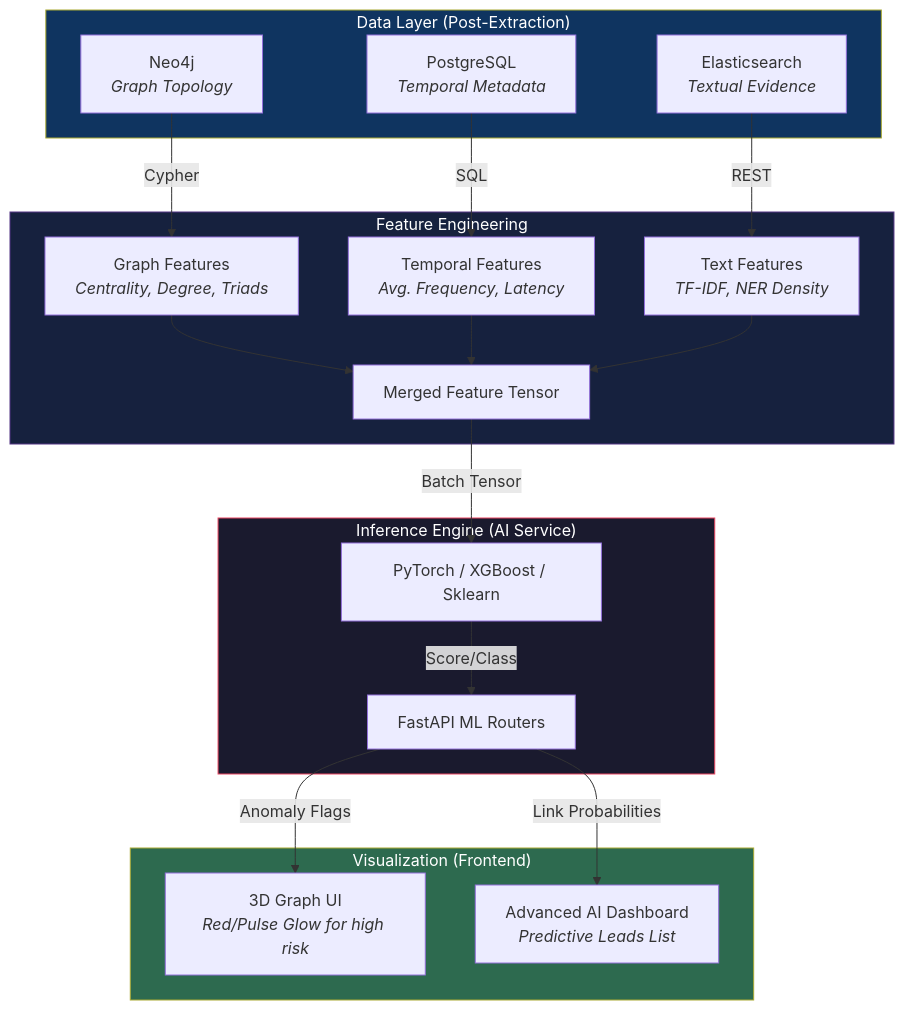
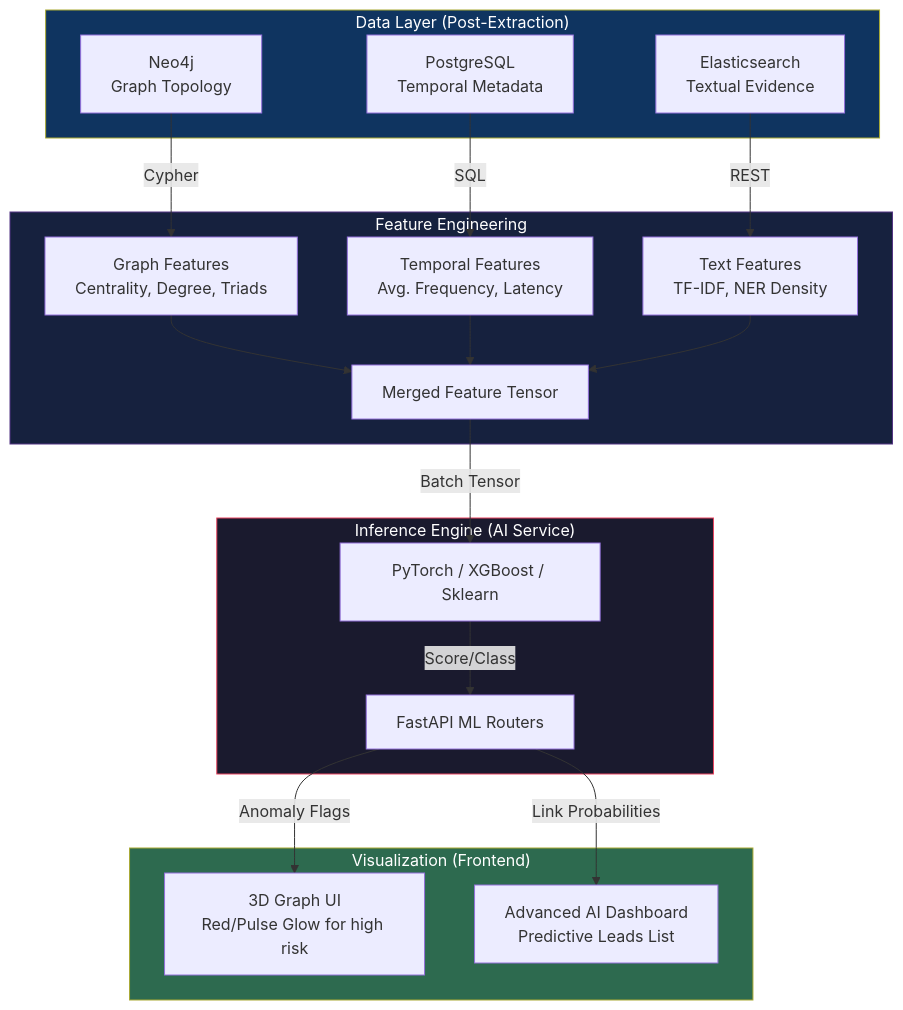
Before and after one commit to beingbrijesh/CopSight: the first of 2 diagrams in FORENSIC_ML_BLUEPRINT.md, drawn with Mermaid. The commit also changed 4 other files, not shown here.

Commit message:
docs: Fix Mermaid diagram text cropping and add professional Contributors section

````diff
--- a/FORENSIC_ML_BLUEPRINT.md
+++ b/FORENSIC_ML_BLUEPRINT.md
@@ -48,31 +48,31 @@
 ```mermaid
 flowchart TD
     subgraph Layer1["Data Layer (Post-Extraction)"]
-        Neo["Neo4j<br/><i>Graph Topology</i>"]
-        PG["PostgreSQL<br/><i>Temporal Metadata</i>"]
-        ES["Elasticsearch<br/><i>Textual Evidence</i>"]
+        Neo["Neo4j<br/>Graph Topology"]
+        PG["PostgreSQL<br/>Temporal Metadata"]
+        ES["Elasticsearch<br/>Textual Evidence"]
     end
 
     subgraph Layer2["Feature Engineering"]
-        Neo -->|Cypher| GraphFeats["Graph Features<br/><i>Centrality, Degree, Triads</i>"]
-        PG -->|SQL| TemporalFeats["Temporal Features<br/><i>Avg. Frequency, Latency</i>"]
-        ES -->|REST| TextFeats["Text Features<br/><i>TF-IDF, NER Density</i>"]
+        Neo -->|Cypher| GraphFeats["Graph Features<br/>Centrality, Degree, Triads"]
+        PG -->|SQL| TemporalFeats["Temporal Features<br/>Avg. Frequency, Latency"]
+        ES -->|REST| TextFeats["Text Features<br/>TF-IDF, NER Density"]
         
         GraphFeats & TemporalFeats & TextFeats --> Tensor["Merged Feature Tensor"]
     end
 
     subgraph Layer3["Inference Engine (AI Service)"]
         Tensor -->|Batch Tensor| Models["PyTorch / XGBoost / Sklearn"]
         Models -->|Score/Class| AIService["FastAPI ML Routers"]
     end
 
     subgraph Layer4["Visualization (Frontend)"]
-        AIService -->|Anomaly Flags| NetworkGraph["3D Graph UI<br/><i>Red/Pulse Glow for high risk</i>"]
-        AIService -->|Link Probabilities| IntelligencePanel["Advanced AI Dashboard<br/><i>Predictive Leads List</i>"]
+        AIService -->|Anomaly Flags| NetworkGraph["3D Graph UI<br/>Red/Pulse Glow for high risk"]
+        AIService -->|Link Probabilities| IntelligencePanel["Advanced AI Dashboard<br/>Predictive Leads List"]
     end
 
     style Layer1 fill:#0f3460,color:#fff
     style Layer2 fill:#16213e,stroke:#533483,color:#fff
     style Layer3 fill:#1a1a2e,stroke:#e94560,color:#fff
     style Layer4 fill:#2d6a4f,color:#fff
 ```
````
